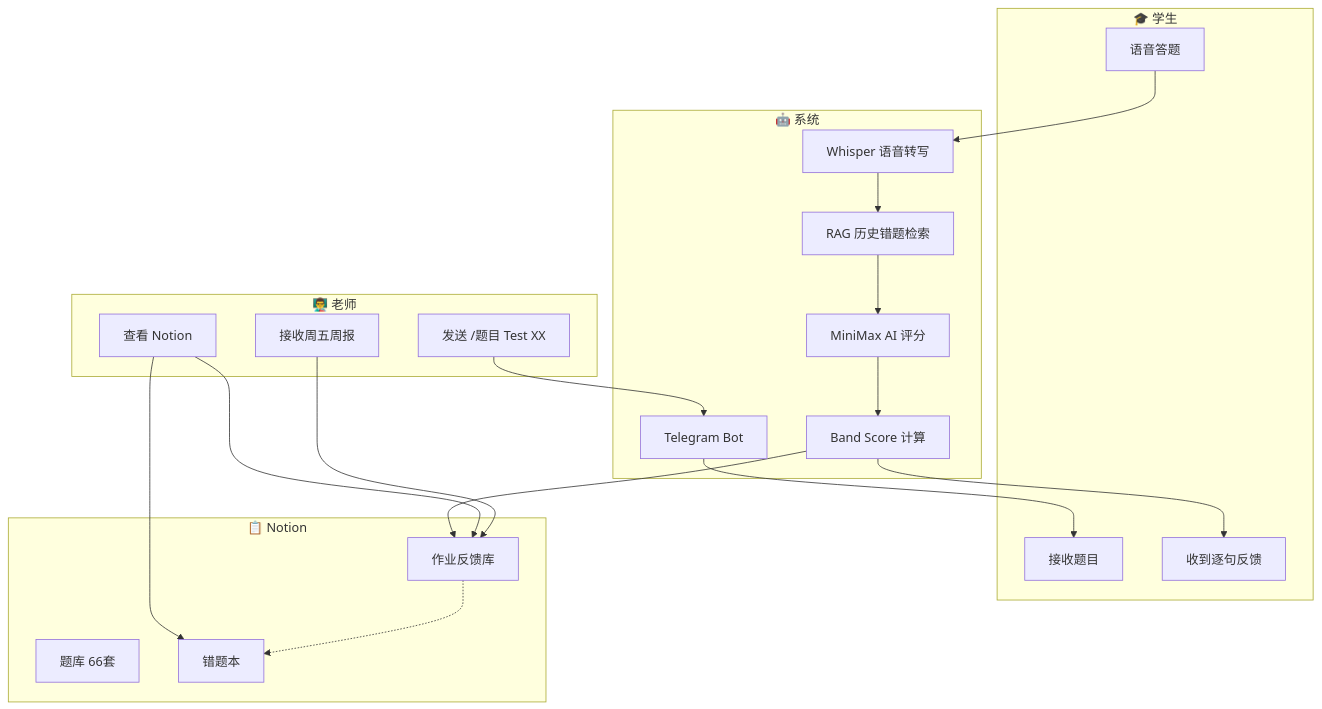
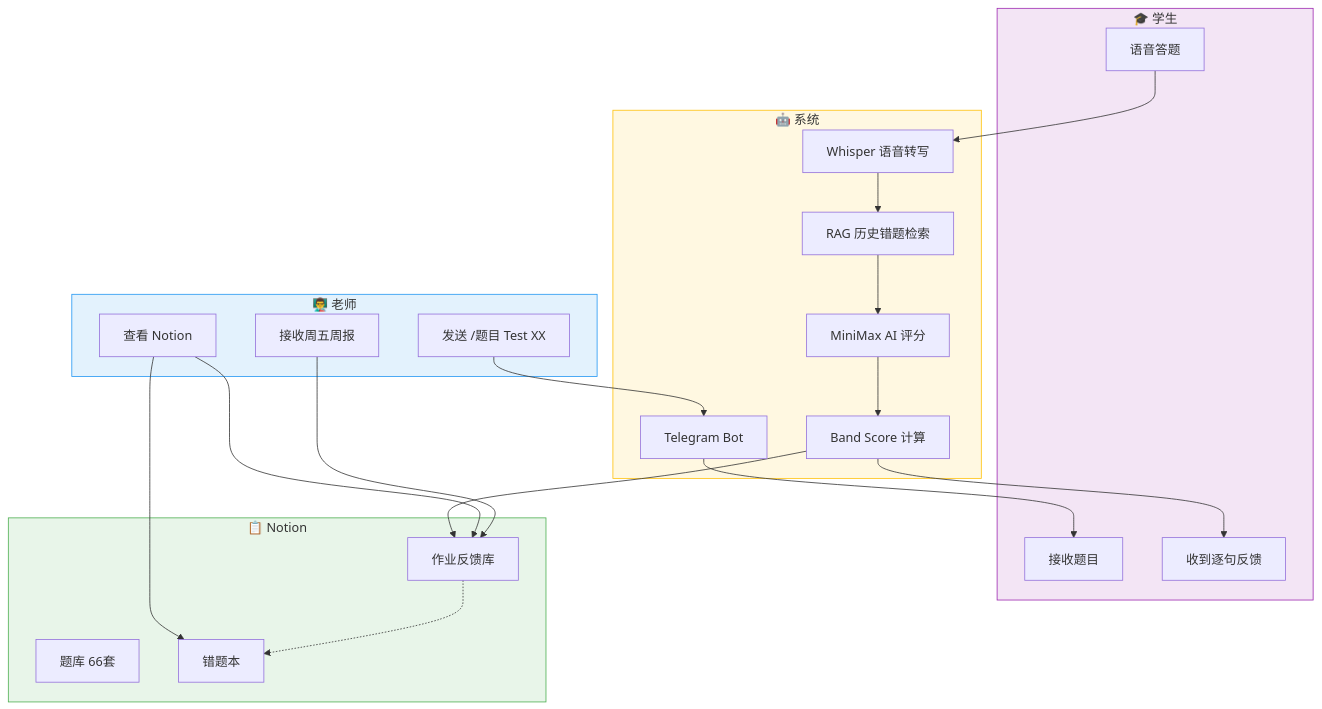
The third of 11 diagrams in README.md (KaichenCurry/ielts-speaking-ai), drawn with Mermaid before and after one commit. The commit also changed other lines of this file and 1 other file, not shown here.

First line of the commit message:
Convert all ASCII diagrams to Mermaid flowcharts

````diff
--- a/README.md
+++ b/README.md
@@ -90,41 +86,46 @@
 ```mermaid
 flowchart TD
     subgraph Teacher["👨‍🏫 老师"]
-        A1["发送 /题目 Test XX"]
-        A2["查看 Notion"]
-        A3["接收周五周报"]
+        T1["发送 /题目 Test XX"]
+        T2["查看 Notion"]
+        T3["接收周五周报"]
     end
 
     subgraph System["🤖 系统"]
-        B1["Telegram Bot"]
-        B2["Whisper 语音转写"]
-        B3["RAG 历史错题检索"]
-        B4["MiniMax AI 评分"]
-        B5["Band Score 计算"]
+        S1["Telegram Bot"]
+        S2["Whisper 语音转写"]
+        S3["RAG 历史错题检索"]
+        S4["MiniMax AI 评分"]
+        S5["Band Score 计算"]
     end
 
     subgraph Student["🎓 学生"]
-        C1["接收题目"]
-        C2["语音答题"]
-        C3["收到逐句反馈"]
+        Sd1["接收题目"]
+        Sd2["语音答题"]
+        Sd3["收到逐句反馈"]
     end
 
     subgraph Storage["📋 Notion"]
-        D1["题库 66套"]
-        D2["作业反馈库"]
-        D3["错题本"]
+        DB1["题库 66套"]
+        DB2["作业反馈库"]
+        DB3["错题本"]
     end
 
-    A1 --> B1
-    B1 --> C1
-    C2 --> B2
-    B2 --> B3
-    B3 --> B4
-    B4 --> B5
-    B5 --> C3
-    B5 --> D2
-    A2 --> D2
-    A2 --> D3
-    A3 --> D2
-    D2 -.-> D3
+    T1 --> S1
+    S1 --> Sd1
+    Sd2 --> S2
+    S2 --> S3
+    S3 --> S4
+    S4 --> S5
+    S5 --> Sd3
+    S5 --> DB2
+    T2 --> DB2
+    T2 --> DB3
+    T3 --> DB2
+    DB2 -.-> DB3
+
+    style Teacher fill:#e3f2fd,stroke:#2196f3
+    style System fill:#fff8e1,stroke:#ffc107
+    style Student fill:#f3e5f5,stroke:#9c27b0
+    style Storage fill:#e8f5e9,stroke:#4caf50
 ```
````
